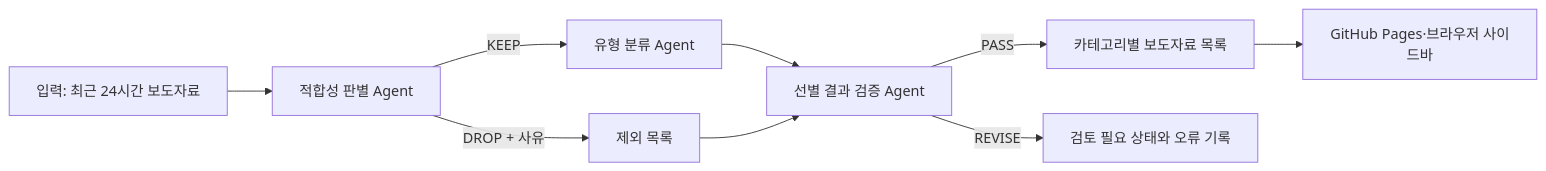
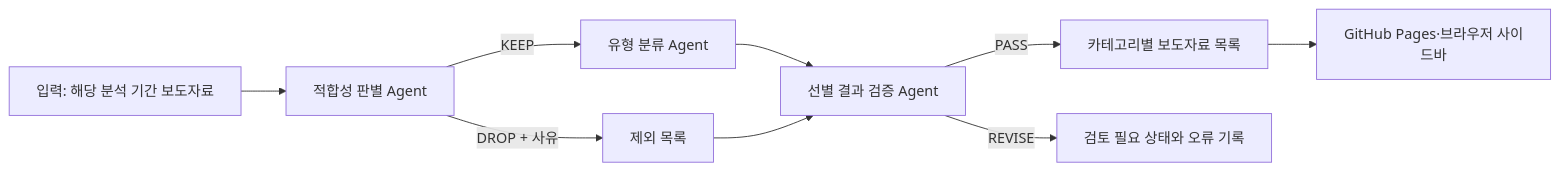
One commit to kain9012-bit/edu-news-alert changed the diagram in README.md. Above: the diagram before and after it, drawn with Mermaid. The commit also changed other lines of this file and 8 other files, not shown here.

````diff
--- a/README.md
+++ b/README.md
@@ -19,11 +19,11 @@
 ```mermaid
 flowchart LR
-    A[입력: 최근 24시간 보도자료] --> B[적합성 판별 Agent]
+    A[입력: 해당 분석 기간 보도자료] --> B[적합성 판별 Agent]
     B -->|KEEP| C[유형 분류 Agent]
     B -->|DROP + 사유| D[제외 목록]
     C --> E[선별 결과 검증 Agent]
     D --> E
     E -->|PASS| F[카테고리별 보도자료 목록]
     E -->|REVISE| G[검토 필요 상태와 오류 기록]
     F --> H[GitHub Pages·브라우저 사이드바]
 ```
````
